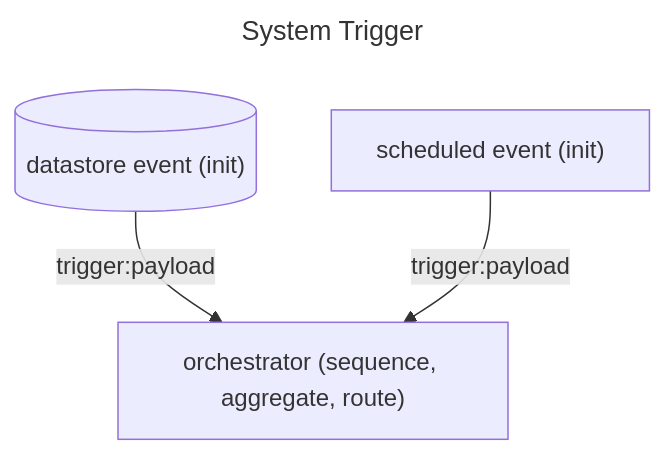
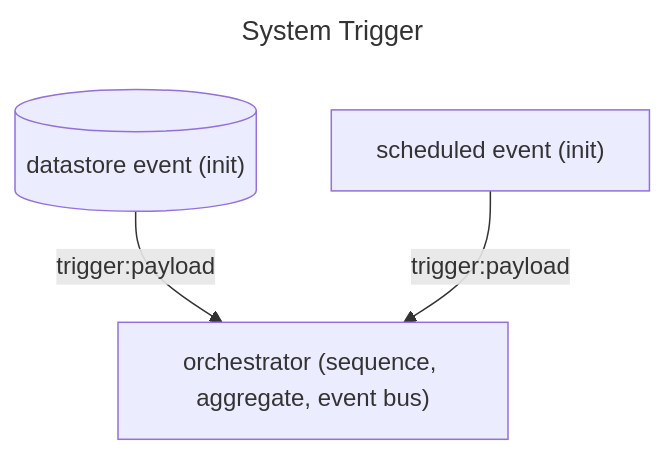
One commit to ptbdnr/ptbdnr changed the third of 7 diagrams in ml_sys_design.md. Above: the diagram before and after it, drawn with Mermaid. The commit also changed other lines of this file, not shown here.

````diff
--- a/ml_sys_design.md
+++ b/ml_sys_design.md
@@ -207,9 +207,9 @@
 ```mermaid
 ---
 title: System Trigger
 ---
 flowchart
     db[("datastore event (init)")] --trigger:payload--> orch
     cron["scheduled event (init)"] --trigger:payload--> orch
-    orch["orchestrator (sequence, aggregate, route)"]
+    orch["orchestrator (sequence, aggregate, event bus)"]
 ```
````
